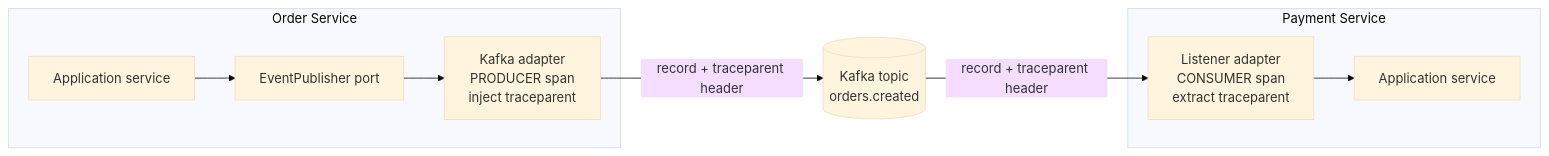
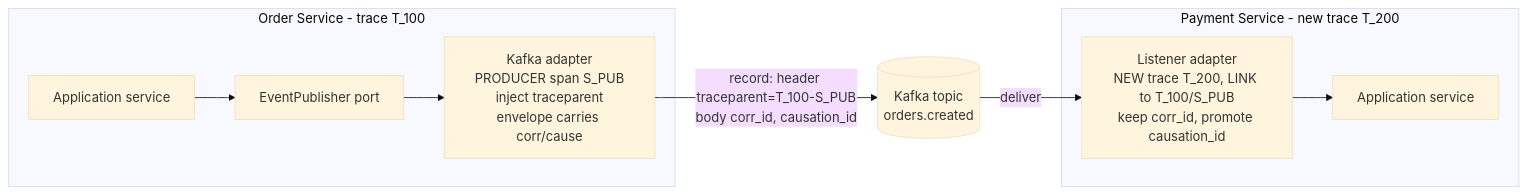
The second of 2 diagrams in analysis/distributed_tracing.md (skull-sage/ping-pong), drawn with Mermaid (base theme) before and after one commit. The commit also changed other lines of this file, not shown here.

````diff
--- a/analysis/distributed_tracing.md
+++ b/analysis/distributed_tracing.md
@@ -362,12 +602,12 @@
 ```mermaid
 graph LR
-    subgraph OrderService[Order Service]
+    subgraph OrderService[Order Service - trace T_100]
         A[Application service] --> B[EventPublisher port]
-        B --> C[Kafka adapter<br/>PRODUCER span<br/>inject traceparent]
+        B --> C[Kafka adapter<br/>PRODUCER span S_PUB<br/>inject traceparent<br/>envelope carries corr/cause]
     end
-    C -->|record + traceparent header| K[(Kafka topic<br/>orders.created)]
-    K -->|record + traceparent header| D[Listener adapter<br/>CONSUMER span<br/>extract traceparent]
-    subgraph PaymentService[Payment Service]
+    C -->|record: header traceparent=T_100-S_PUB<br/>body corr_id, causation_id| K[(Kafka topic<br/>orders.created)]
+    K -->|deliver| D[Listener adapter<br/>NEW trace T_200, LINK to T_100/S_PUB<br/>keep corr_id, promote causation_id]
+    subgraph PaymentService[Payment Service - new trace T_200]
         D --> E[Application service]
     end
 ```
````
